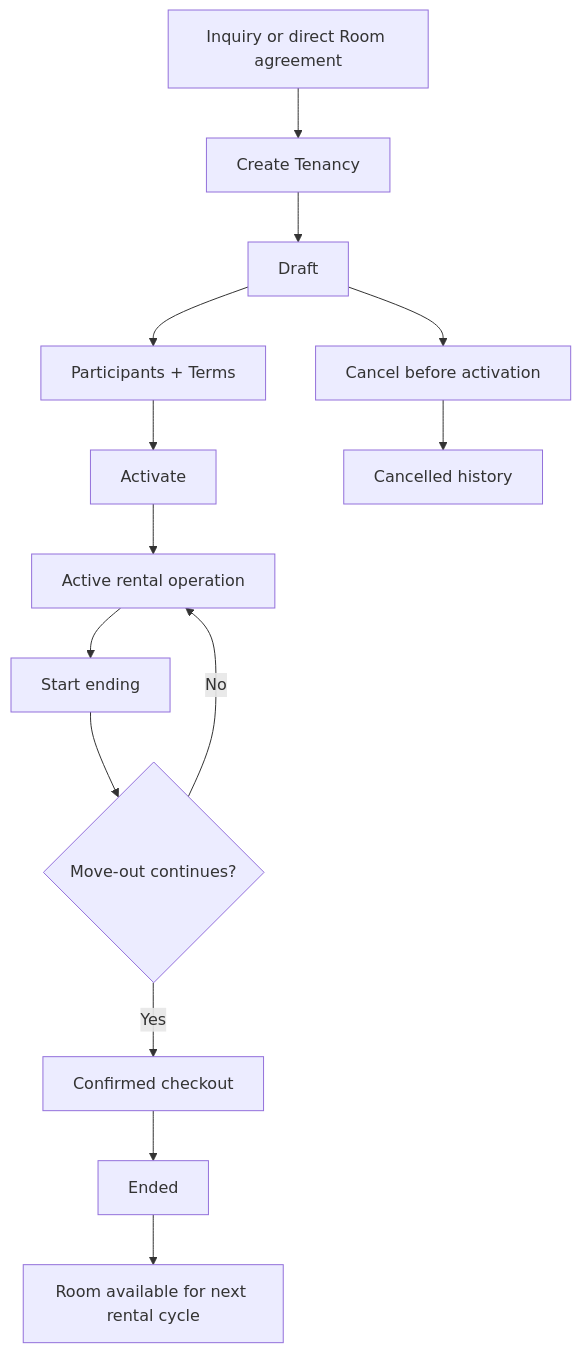
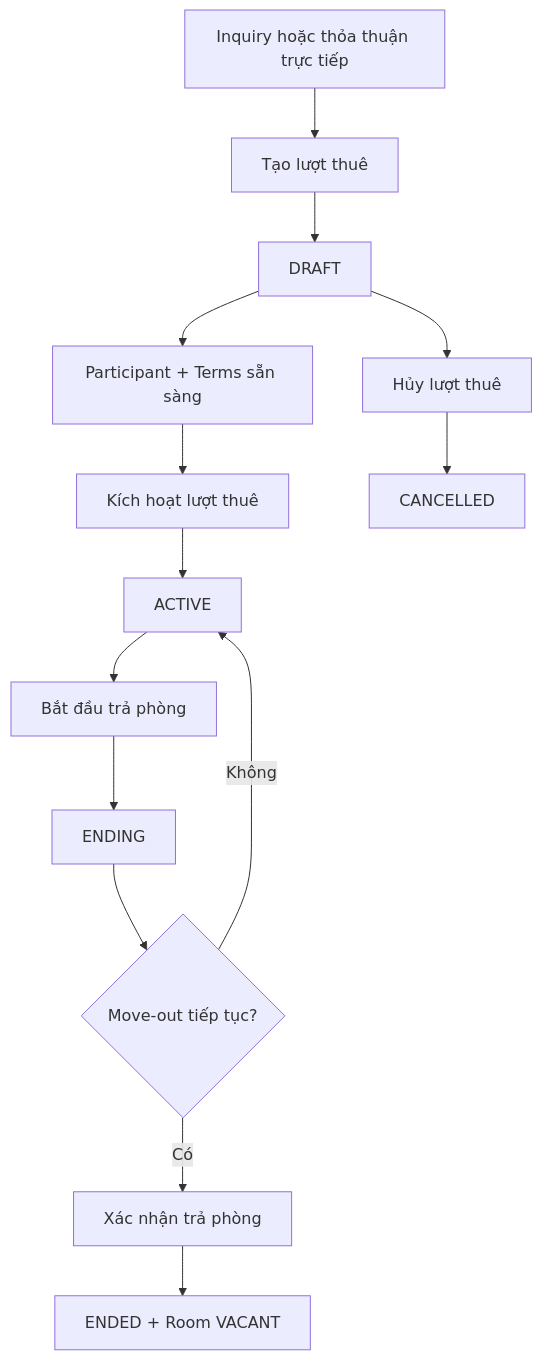
One commit to Danh20100/moibile_app changed the first of 2 diagrams in docs/backlogs/v1/tenancy.md. Above: the diagram before and after it, drawn with Mermaid. The commit also changed other lines of this file and 9 other files, not shown here.

````diff
--- a/docs/backlogs/v1/tenancy.md
+++ b/docs/backlogs/v1/tenancy.md
@@ -19,16 +34,16 @@
 ```mermaid
 flowchart TD
-    A[Inquiry or direct Room agreement] --> B[Create Tenancy]
-    B --> C[Draft]
-    C --> D[Participants + Terms]
-    D --> E[Activate]
-    E --> F[Active rental operation]
-    F --> G[Start ending]
-    G --> H{Move-out continues?}
-    H -->|No| F
-    H -->|Yes| I[Confirmed checkout]
-    I --> J[Ended]
-    J --> K[Room available for next rental cycle]
-    C --> L[Cancel before activation]
-    L --> M[Cancelled history]
+    A["Inquiry hoặc thỏa thuận trực tiếp"] --> B["Tạo lượt thuê"]
+    B --> C["DRAFT"]
+    C --> D["Participant + Terms sẵn sàng"]
+    D --> E["Kích hoạt lượt thuê"]
+    E --> F["ACTIVE"]
+    F --> G["Bắt đầu trả phòng"]
+    G --> H["ENDING"]
+    H --> I{"Move-out tiếp tục?"}
+    I -->|"Không"| F
+    I -->|"Có"| J["Xác nhận trả phòng"]
+    J --> K["ENDED + Room VACANT"]
+    C --> L["Hủy lượt thuê"]
+    L --> M["CANCELLED"]
 ```
````
